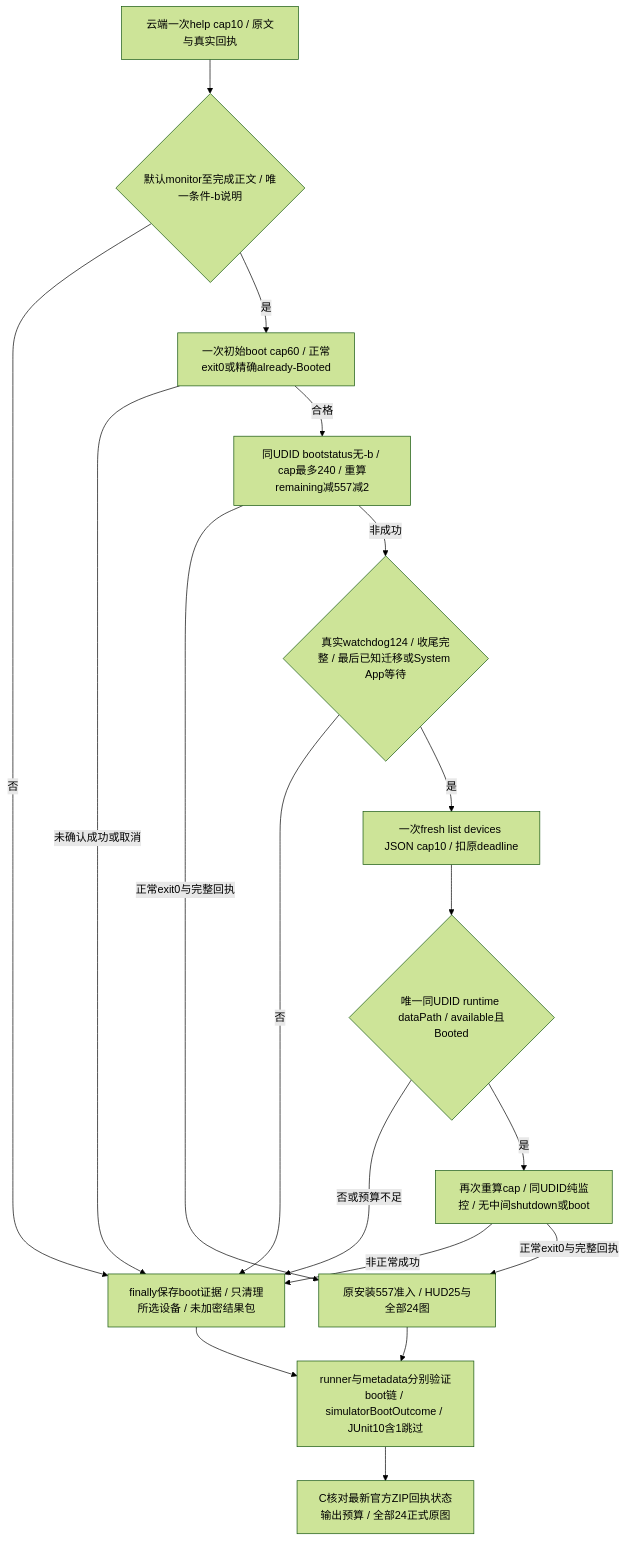
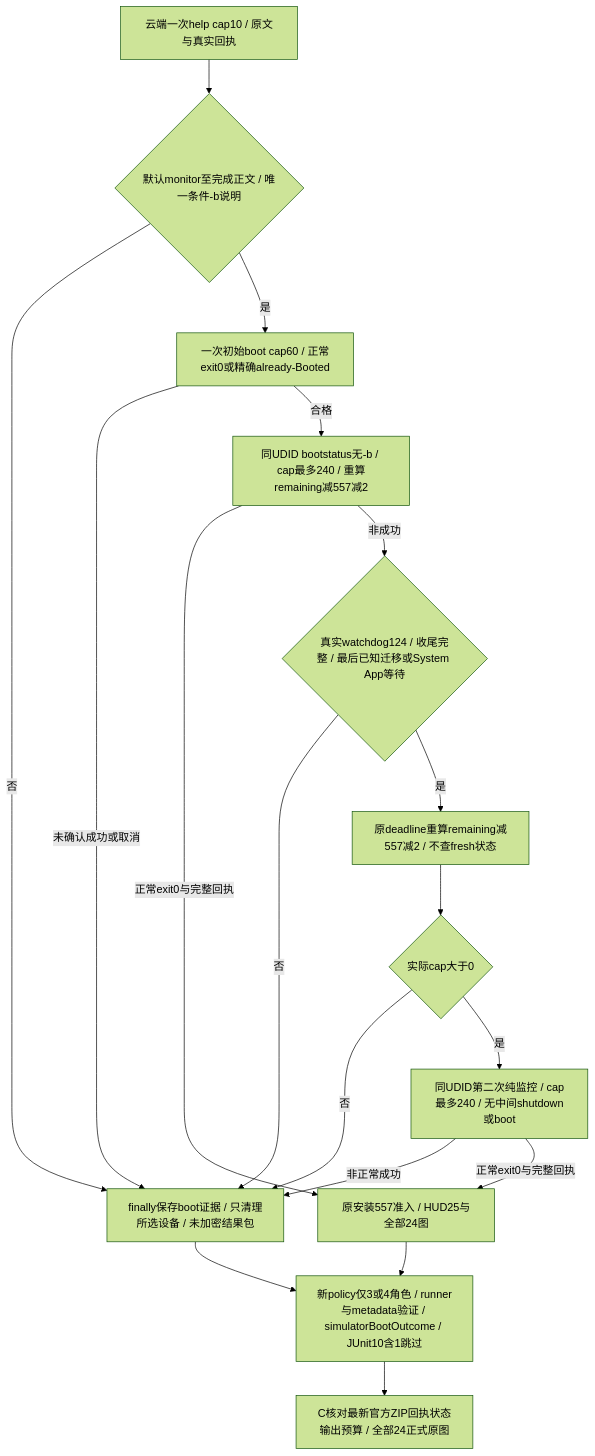
The eighth of 8 diagrams in md/flow/flowchart.md (Altman-sam114/1145), drawn with Mermaid (forest theme) before and after one commit. The commit also changed other lines of this file and 8 other files, not shown here.

````diff
--- a/md/flow/flowchart.md
+++ b/md/flow/flowchart.md
@@ -277,20 +277,20 @@
 ```mermaid
 flowchart TD
   Help[云端一次help cap10 / 原文与真实回执] --> Semantics{默认monitor至完成正文 / 唯一条件-b说明}
   Semantics -- 否 --> Fail[finally保存boot证据 / 只清理所选设备 / 未加密结果包]
   Semantics -- 是 --> Boot[一次初始boot cap60 / 正常exit0或精确already-Booted]
   Boot -- 未确认成功或取消 --> Fail
   Boot -- 合格 --> Wait1[同UDID bootstatus无-b / cap最多240 / 重算remaining减557减2]
   Wait1 -- 正常exit0与完整回执 --> Ready[原安装557准入 / HUD25与全部24图]
   Wait1 -- 非成功 --> Eligible{真实watchdog124 / 收尾完整 / 最后已知迁移或System App等待}
   Eligible -- 否 --> Fail
-  Eligible -- 是 --> State[一次fresh list devices JSON cap10 / 扣原deadline]
-  State --> Same{唯一同UDID runtime dataPath / available且Booted}
-  Same -- 否或预算不足 --> Fail
-  Same -- 是 --> Wait2[再次重算cap / 同UDID纯监控 / 无中间shutdown或boot]
+  Eligible -- 是 --> Admission[原deadline重算remaining减557减2 / 不查fresh状态]
+  Admission --> Budget{实际cap大于0}
+  Budget -- 否 --> Fail
+  Budget -- 是 --> Wait2[同UDID第二次纯监控 / cap最多240 / 无中间shutdown或boot]
   Wait2 -- 非正常成功 --> Fail
   Wait2 -- 正常exit0与完整回执 --> Ready
-  Ready --> Gate[runner与metadata分别验证boot链 / simulatorBootOutcome / JUnit10含1跳过]
+  Ready --> Gate[新policy仅3或4角色 / runner与metadata验证 / simulatorBootOutcome / JUnit10含1跳过]
   Fail --> Gate
   Gate --> Review[C核对最新官方ZIP回执状态输出预算 / 全部24正式原图]
 ```
````
